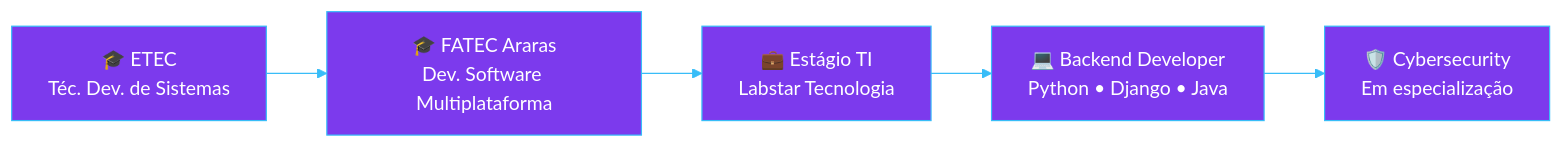
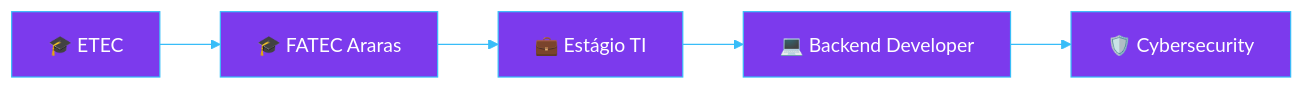
The first of 2 diagrams in README.md (marcos22-s/marcos22-s), drawn with Mermaid before and after one commit. The commit also changed other lines of this file, not shown here.

````diff
--- a/README.md
+++ b/README.md
@@ -31,8 +29,8 @@
 ```mermaid
 %%{init: {'theme':'base', 'themeVariables': {'primaryColor':'#7C3AED','primaryTextColor':'#ffffff','primaryBorderColor':'#38BDF8','lineColor':'#38BDF8','fontFamily':'JetBrains Mono'}}}%%
 flowchart LR
-    A["🎓 ETEC<br/>Téc. Dev. de Sistemas"] --> B["🎓 FATEC Araras<br/>Dev. Software Multiplataforma"]
-    B --> C["💼 Estágio TI<br/>Labstar Tecnologia"]
-    C --> D["💻 Backend Developer<br/>Python • Django • Java"]
-    D --> E["🛡️ Cybersecurity<br/>Em especialização"]
+    A["🎓 ETEC"] --> B["🎓 FATEC Araras"]
+    B --> C["💼 Estágio TI"]
+    C --> D["💻 Backend Developer"]
+    D --> E["🛡️ Cybersecurity"]
 ```
````
